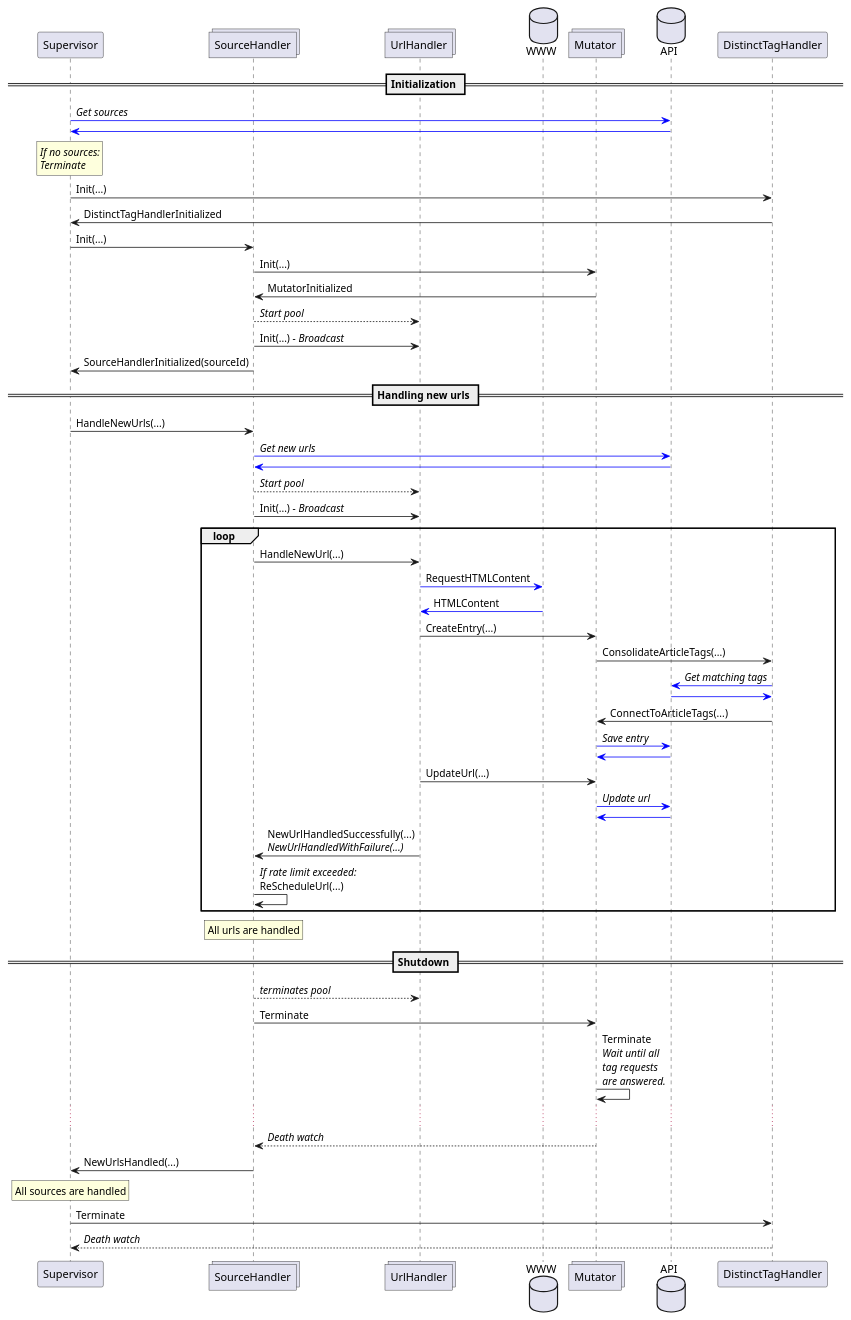
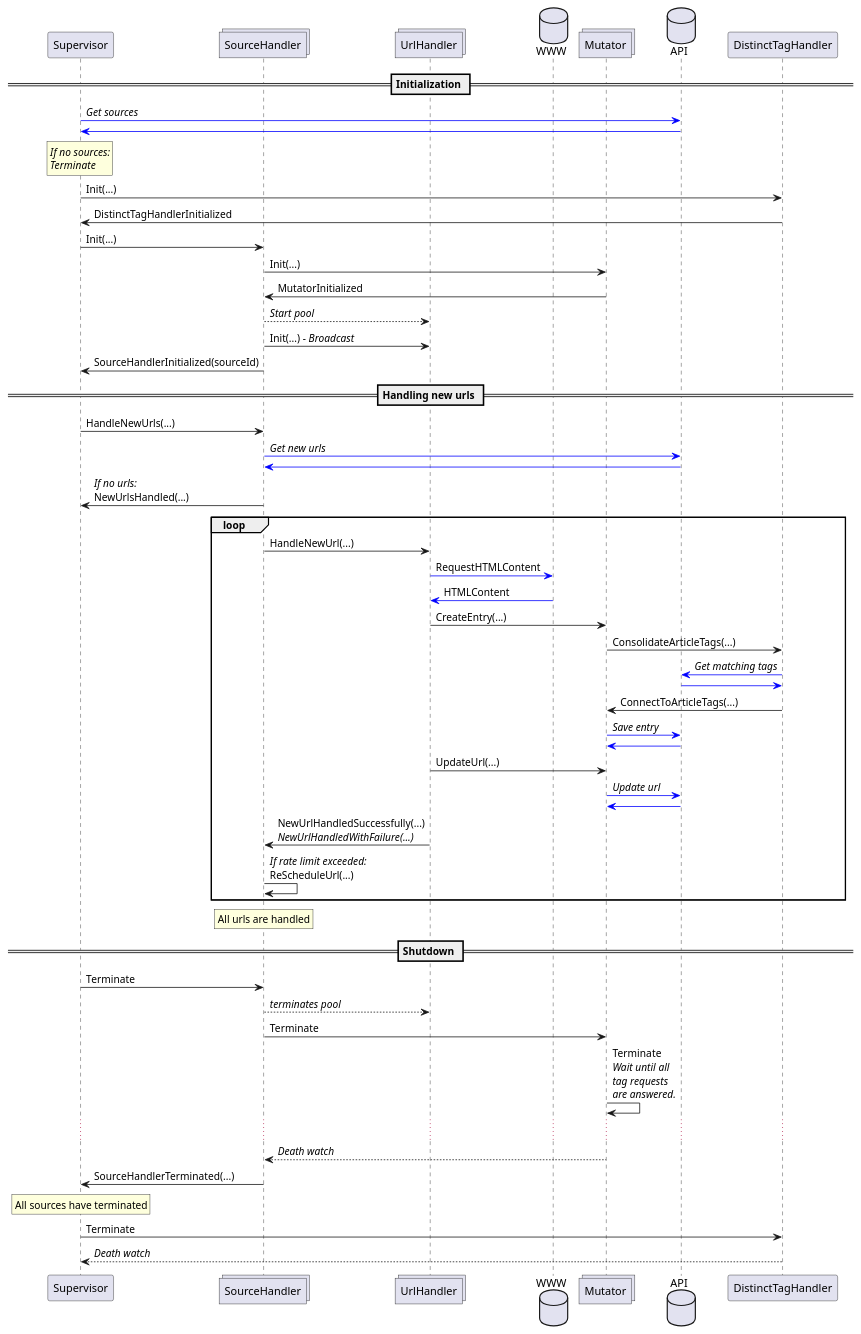
Before and after one commit to coverified/content_extractor: the diagram in doc/proto.puml, drawn with PlantUML. The commit also changed 5 other files, not shown here.

```diff
--- a/doc/proto.puml
+++ b/doc/proto.puml
@@ -1,74 +1,72 @@
 @startuml
 participant Supervisor
 collections SourceHandler
 collections UrlHandler
 database WWW
 collections Mutator
 database API
 
 == Initialization ==
 Supervisor -[#blue]> API: //Get sources//
 API -[#blue]> Supervisor
 rnote over Supervisor: //If no sources://\n//Terminate//
 Supervisor -> DistinctTagHandler: Init(...)
 DistinctTagHandler -> Supervisor: DistinctTagHandlerInitialized
 
 Supervisor -> SourceHandler: Init(...)
 SourceHandler -> Mutator: Init(...)
 Mutator -> SourceHandler: MutatorInitialized
 SourceHandler --> UrlHandler: //Start pool//
 SourceHandler -> UrlHandler: Init(...) //- Broadcast//
 SourceHandler -> Supervisor: SourceHandlerInitialized(sourceId)
 
 == Handling new urls ==
 Supervisor -> SourceHandler: HandleNewUrls(...)
 SourceHandler -[#blue]> API: //Get new urls//
-' TODO: Report back, if there are no new urls to handle
 API -[#blue]> SourceHandler
-SourceHandler --> UrlHandler: //Start pool//
-SourceHandler -> UrlHandler: Init(...) //- Broadcast//
-' TODO: Report back from url handlers
+SourceHandler -> Supervisor: //If no urls://\nNewUrlsHandled(...)
 
 loop
 SourceHandler -> UrlHandler: HandleNewUrl(...)
 UrlHandler -[#blue]> WWW: RequestHTMLContent
 WWW -[#blue]> UrlHandler: HTMLContent
 
 UrlHandler -> Mutator: CreateEntry(...)
 Mutator -> DistinctTagHandler: ConsolidateArticleTags(...)
 DistinctTagHandler -[#blue]> API: //Get matching tags//
 API -[#blue]> DistinctTagHandler
 DistinctTagHandler -> Mutator: ConnectToArticleTags(...)
 Mutator -[#blue]> API: //Save entry//
 API -[#blue]> Mutator
 ' TODO: Feed back about handled entry
 UrlHandler -> Mutator: UpdateUrl(...)
 Mutator -[#blue]> API: //Update url//
 API -[#blue]> Mutator
 ' TODO: Feed back about handled url
 UrlHandler -> SourceHandler: NewUrlHandledSuccessfully(...)\n//NewUrlHandledWithFailure(...)//
 
 SourceHandler -> SourceHandler: //If rate limit exceeded://\nReScheduleUrl(...)
 end loop
 
 rnote over SourceHandler
     All urls are handled
 endrnote
 
 == Shutdown ==
 
+Supervisor -> SourceHandler: Terminate
 SourceHandler --> UrlHandler: //terminates pool//
 SourceHandler -> Mutator: Terminate
 Mutator -> Mutator: Terminate\n//Wait until all//\n//tag requests//\n//are answered.//
 ...
 Mutator --> SourceHandler: //Death watch//
 
-SourceHandler -> Supervisor:NewUrlsHandled(...)
+SourceHandler -> Supervisor:SourceHandlerTerminated(...)
 
 rnote over Supervisor
-    All sources are handled
+    All sources have terminated
 endrnote
 Supervisor -> DistinctTagHandler: Terminate
 DistinctTagHandler --> Supervisor: //Death watch//
 
 @enduml
```
